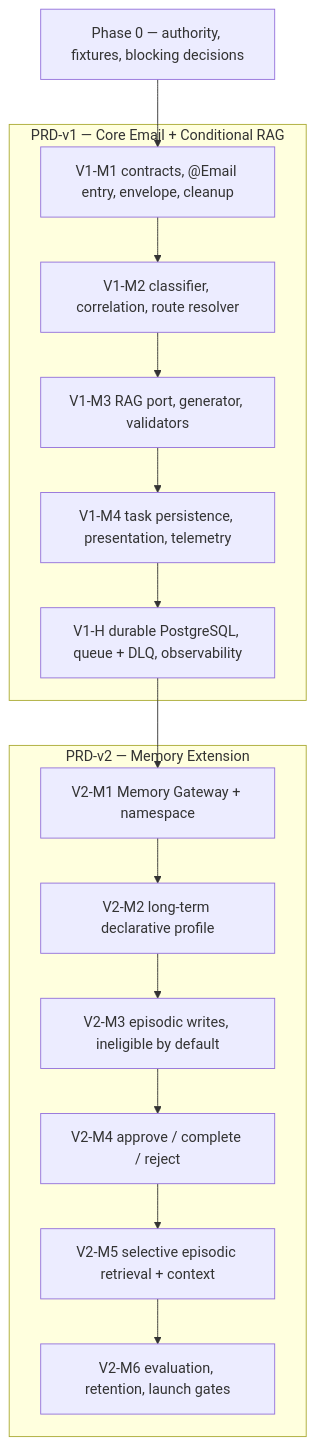
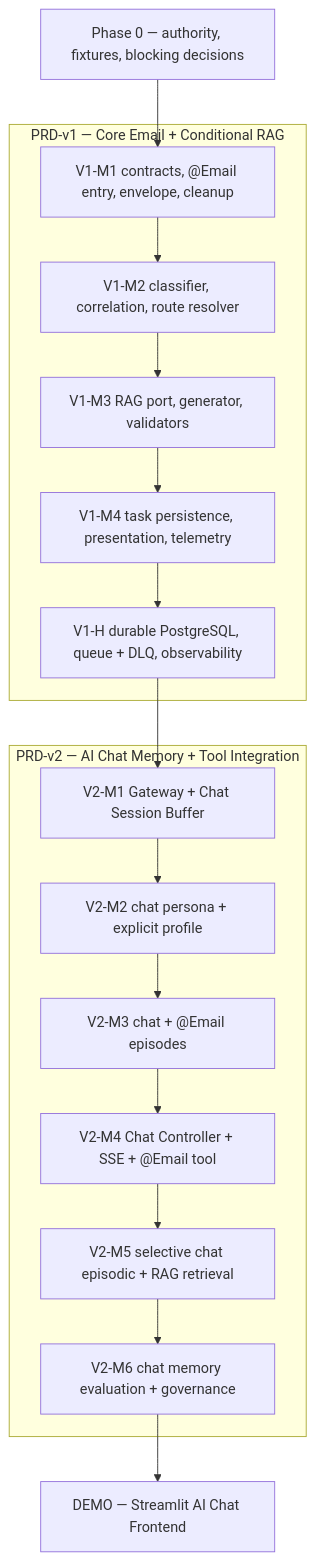
One commit to MathematicGuy/EMAIL-AGENT-v1 changed the fifth of 5 diagrams in docs/master-comparison.md. Above: the diagram before and after it, drawn with Mermaid. The commit also changed other lines of this file, not shown here.

Commit message:
docs(comparison): align V2 contracts with AI Chat

````diff
--- a/docs/master-comparison.md
+++ b/docs/master-comparison.md
@@ -572,26 +586,27 @@
 ```mermaid
 flowchart TB
     P0["Phase 0 — authority, fixtures, blocking decisions"]
 
     subgraph V1["PRD-v1 — Core Email + Conditional RAG"]
         V1M1["V1-M1 contracts, @Email entry, envelope, cleanup"]
         V1M2["V1-M2 classifier, correlation, route resolver"]
         V1M3["V1-M3 RAG port, generator, validators"]
         V1M4["V1-M4 task persistence, presentation, telemetry"]
         V1H["V1-H durable PostgreSQL, queue + DLQ, observability"]
         V1M1 --> V1M2 --> V1M3 --> V1M4 --> V1H
     end
 
-    subgraph V2["PRD-v2 — Memory Extension"]
-        V2M1["V2-M1 Memory Gateway + namespace"]
-        V2M2["V2-M2 long-term declarative profile"]
-        V2M3["V2-M3 episodic writes, ineligible by default"]
-        V2M4["V2-M4 approve / complete / reject"]
-        V2M5["V2-M5 selective episodic retrieval + context"]
-        V2M6["V2-M6 evaluation, retention, launch gates"]
+    subgraph V2["PRD-v2 — AI Chat Memory + Tool Integration"]
+        V2M1["V2-M1 Gateway + Chat Session Buffer"]
+        V2M2["V2-M2 chat persona + explicit profile"]
+        V2M3["V2-M3 chat + @Email episodes"]
+        V2M4["V2-M4 Chat Controller + SSE + @Email tool"]
+        V2M5["V2-M5 selective chat episodic + RAG retrieval"]
+        V2M6["V2-M6 chat memory evaluation + governance"]
         V2M1 --> V2M2 --> V2M3 --> V2M4 --> V2M5 --> V2M6
     end
 
     P0 --> V1M1
     V1H --> V2M1
+    V2M6 --> DEMO["DEMO — Streamlit AI Chat Frontend"]
 ```
````
